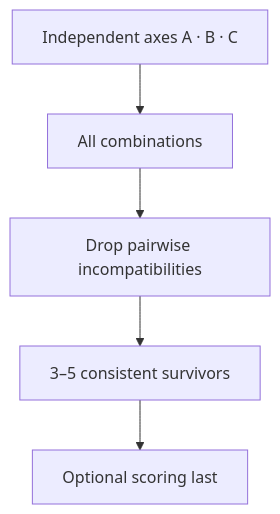
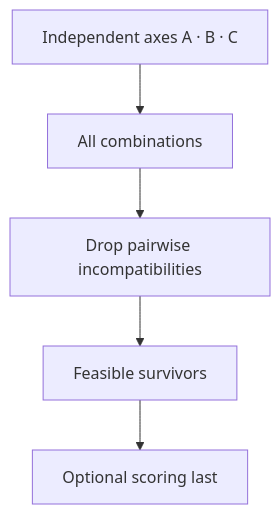
The sixth of 17 diagrams in thinking-tools.md (tony-sappe/marvin), drawn with Mermaid before and after one commit. The commit also changed other lines of this file and 42 other files, not shown here.

````diff
--- a/thinking-tools.md
+++ b/thinking-tools.md
@@ -265,7 +265,7 @@
 ```mermaid
 flowchart TB
   Axes["Independent axes A · B · C"] --> Grid["All combinations"]
   Grid --> CCA["Drop pairwise incompatibilities"]
-  CCA --> Keep["3–5 consistent survivors"]
+  CCA --> Keep["Feasible survivors"]
   Keep --> Score["Optional scoring last"]
 ```
````
